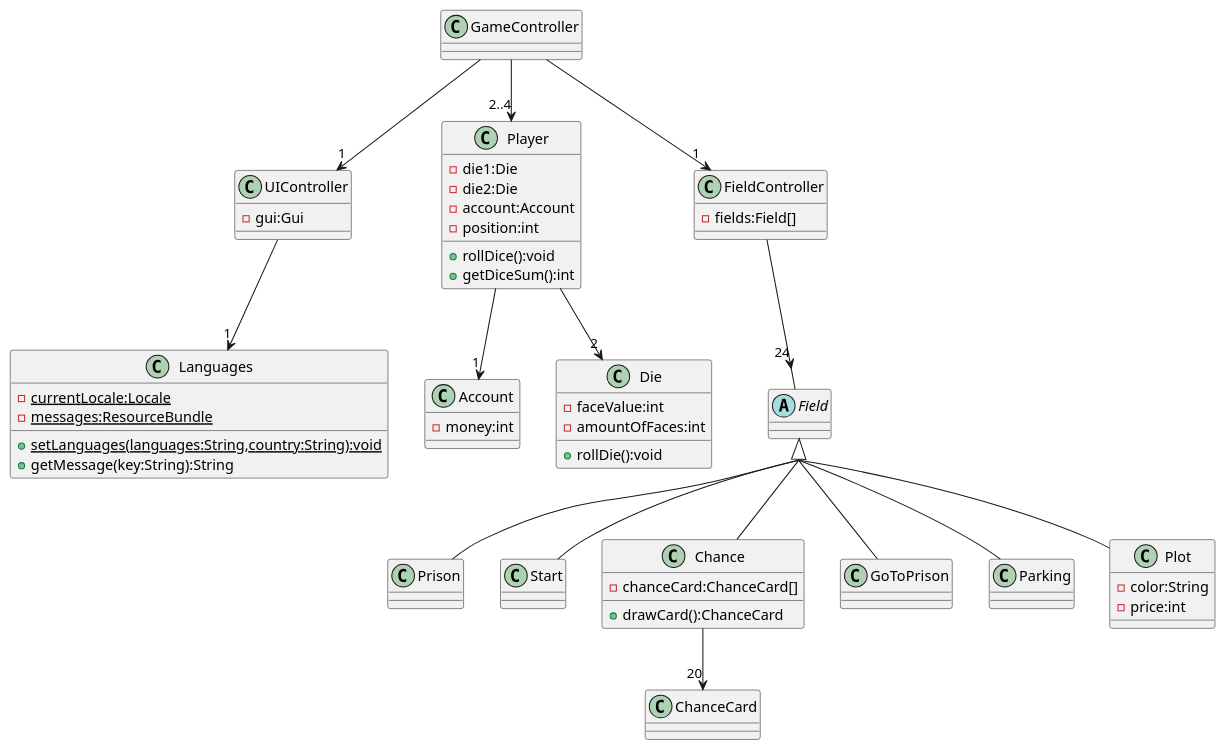
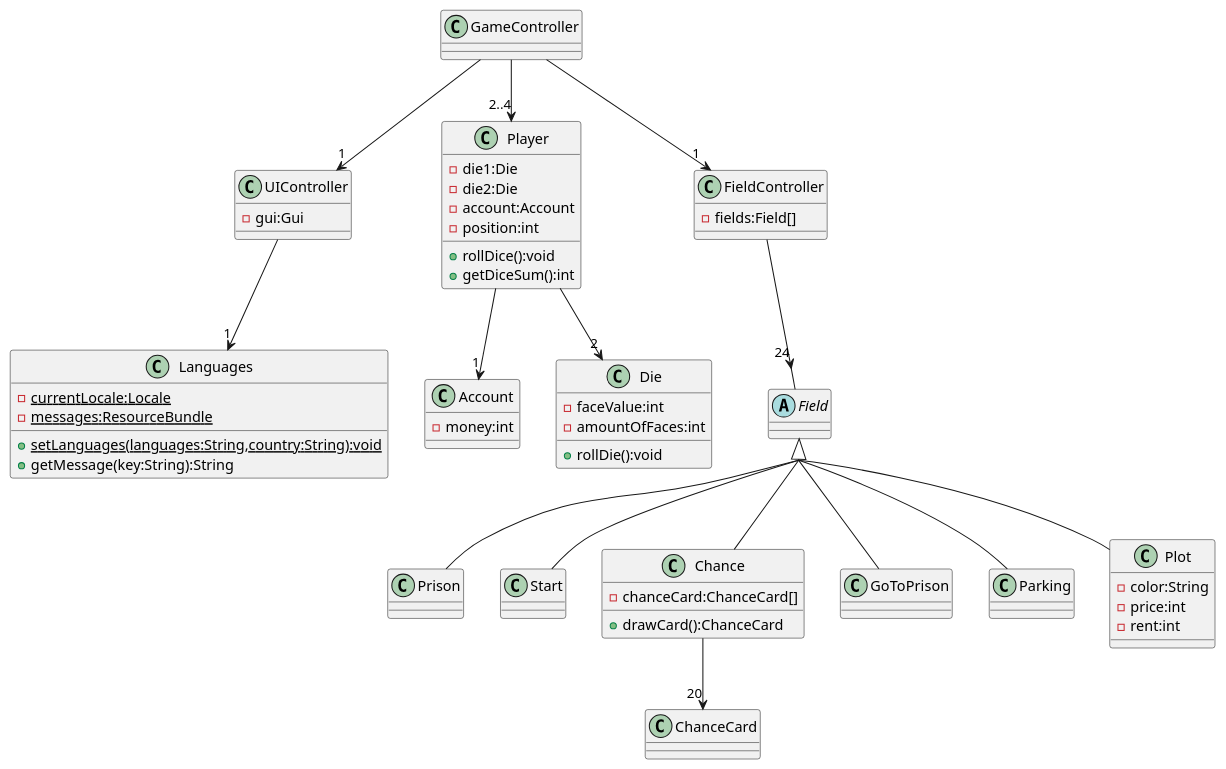
One commit to DTUgruppe15/15_del3 changed the diagram in src/UML/CDIO3ClassDiagram.puml. Above: the diagram before and after it, drawn with PlantUML. The commit also changed 1 other file, not shown here.

Commit message:
Update UML

```diff
--- a/src/UML/CDIO3ClassDiagram.puml
+++ b/src/UML/CDIO3ClassDiagram.puml
@@ -1,70 +1,71 @@
 @startuml
 'https://plantuml.com/class-diagram
 skinparam groupInheritance 2
 
 abstract class Field
 class Prison
 class Start
 class Chance{
     -chanceCard:ChanceCard[]
     +drawCard():ChanceCard
 }
 class GoToPrison
 class Parking
 class Plot{
     -color:String
     -price:int
+    -rent:int
 }
 
 Field <|-- Prison
 Field <|-- Start
 Field <|-- Chance
 Field <|-- GoToPrison
 Field <|-- Parking
 Field <|-- Plot
 
 class UIController{
     -gui:Gui
 }
 class Player{
     -die1:Die
     -die2:Die
     -account:Account
     -position:int
     +rollDice():void
     +getDiceSum():int
 }
 class ChanceCard{
 
 }
 
 class Account{
     -money:int
 }
 class Die{
     -faceValue:int
     -amountOfFaces:int
     +rollDie():void
 }
 class FieldController {
     -fields:Field[]
 }
 class GameController
 
 Player -->"2" Die
 Player -->"1" Account
 GameController -->"2..4" Player
 GameController -->"1" FieldController
 FieldController -->"24" Field
 GameController -->"1" UIController
 UIController -->"1" Languages
 Chance -->"20" ChanceCard
 
 class Languages{
     {static}-currentLocale:Locale
     {static}-messages:ResourceBundle
     {static}+setLanguages(languages:String,country:String):void
     +getMessage(key:String):String
 }
 
 @enduml
```
